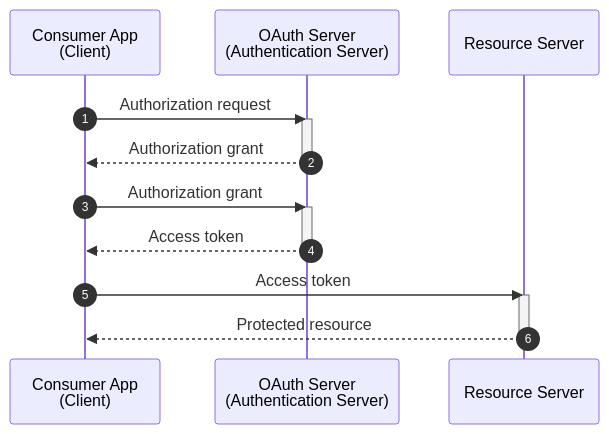
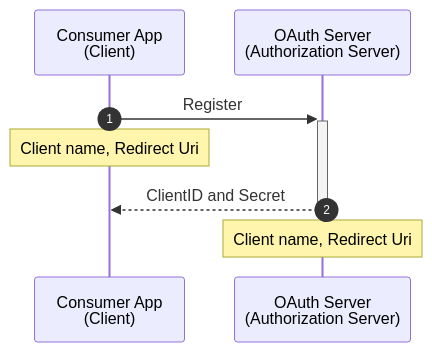
One commit to wilmerferreira/code-snippets changed the first of 2 diagrams in auth/oauth.md. Above: the diagram before and after it, drawn with Mermaid. The commit also changed other lines of this file and 1 other file, not shown here.

Commit message:
update oauth and openid connect

````diff
--- a/auth/oauth.md
+++ b/auth/oauth.md
@@ -15,22 +45,11 @@
 ```mermaid
 sequenceDiagram
     autonumber
     participant Client as Consumer App <br /> (Client)
-    participant Server as OAuth Server <br /> (Authentication Server)
-    participant Resource as Resource Server
+    participant Server as OAuth Server <br /> (Authorization Server)
 
-    Client->>Server: Authorization request
-    activate Server
-    Server-->>Client: Authorization grant
-    deactivate Server
-
-    Client->>Server: Authorization grant
-    activate Server
-    Server-->>Client: Access token
-    deactivate Server
-
-    Client->>Resource: Access token
-    activate Resource
-    Resource-->>Client: Protected resource
-    deactivate Resource
+    Client->>+Server: Register
+    Note over Client: Client name, Redirect Uri
+    Server-->>-Client: ClientID and Secret
+    Note over Server: Client name, Redirect Uri
 ```
````
